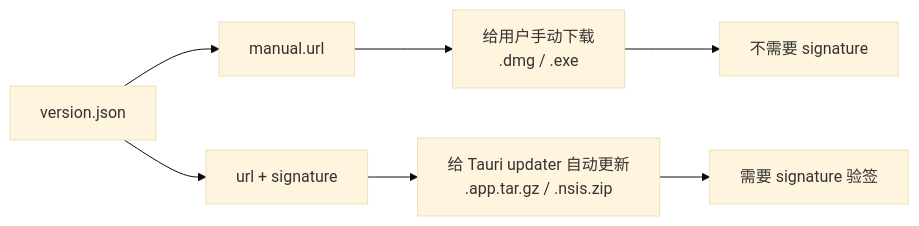
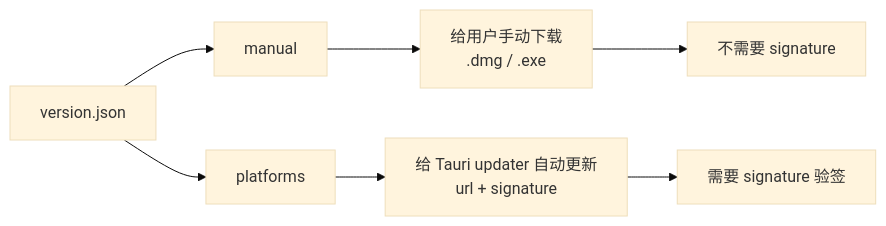
One commit to wei-py/profit changed the third of 4 diagrams in docs/version/update-flow.md. Above: the diagram before and after it, drawn with Mermaid (base theme). The commit also changed other lines of this file and 3 other files, not shown here.

````diff
--- a/docs/version/update-flow.md
+++ b/docs/version/update-flow.md
@@ -98,11 +98,11 @@
 ```mermaid
 flowchart LR
-    A["version.json"] --> B["manual.url"]
-    A --> C["url + signature"]
+    A["version.json"] --> B["manual"]
+    A --> C["platforms"]
 
     B --> D["给用户手动下载<br/>.dmg / .exe"]
-    C --> E["给 Tauri updater 自动更新<br/>.app.tar.gz / .nsis.zip"]
+    C --> E["给 Tauri updater 自动更新<br/>url + signature"]
 
     E --> F["需要 signature 验签"]
     D --> G["不需要 signature"]
 ```
````
